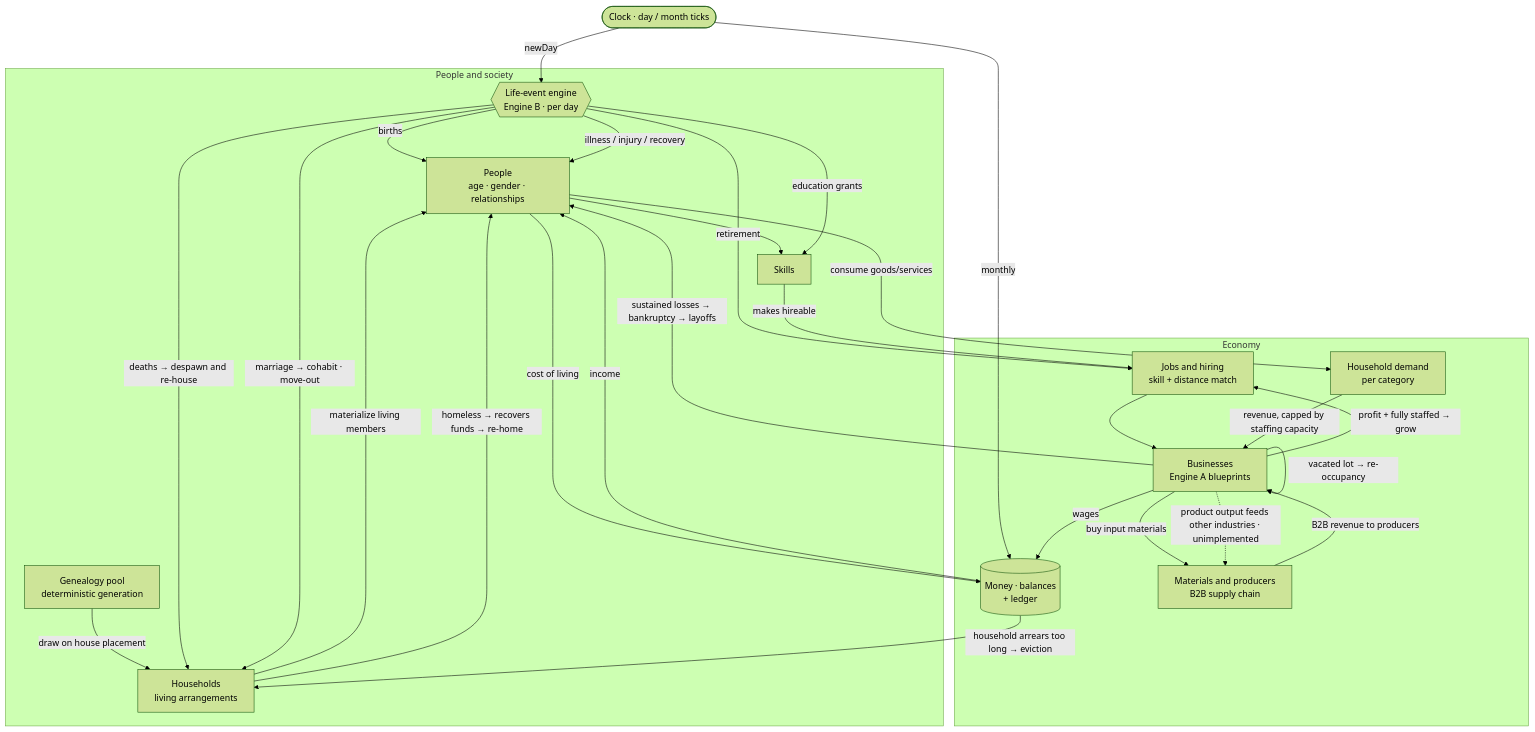
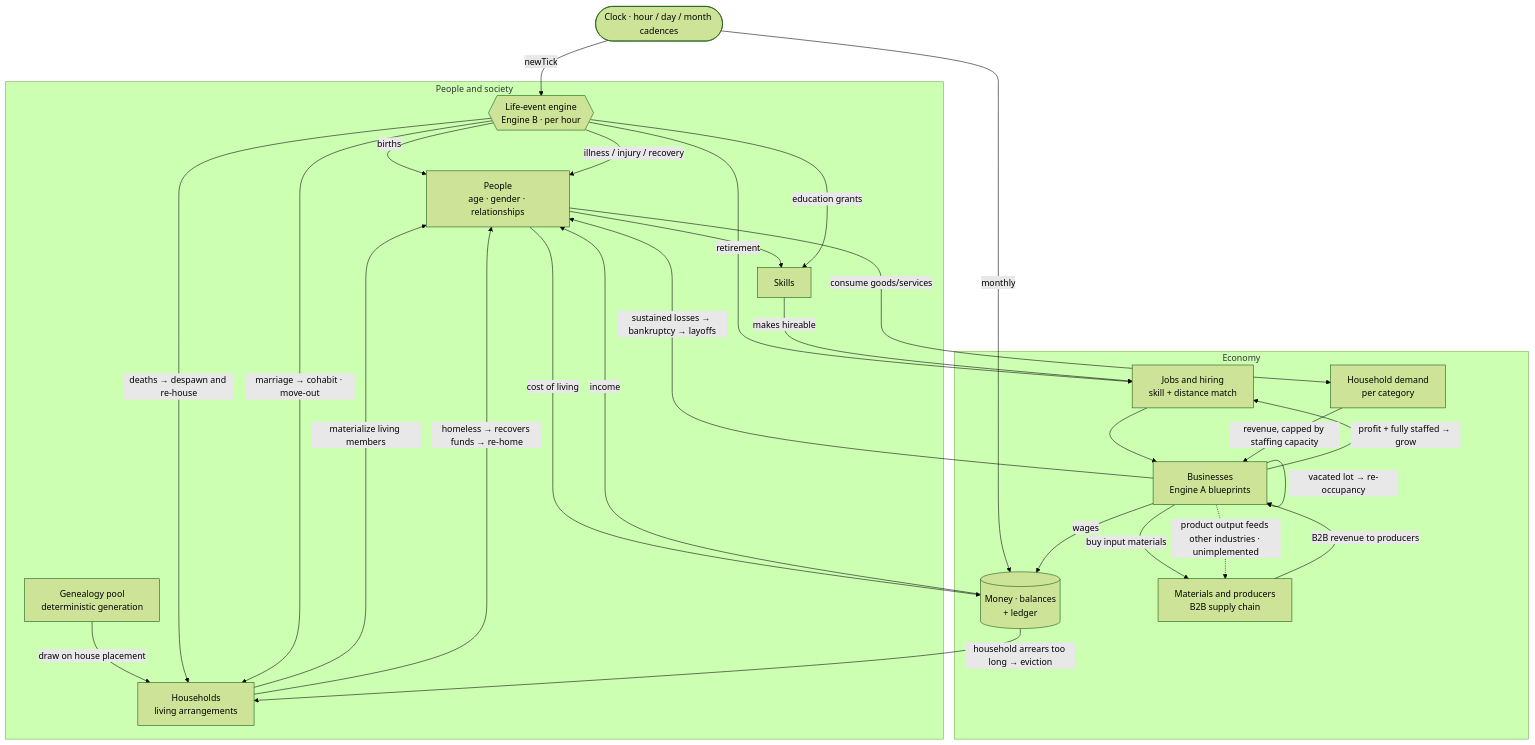
The diagram in README.md (Maudfer/townBox), drawn with Mermaid (forest theme) before and after one commit. The commit also changed other lines of this file and 8 other files, not shown here.

First line of the commit message:
docs(040): hour-tick + execution-boundary documentation pass; mark task done

````diff
--- a/README.md
+++ b/README.md
@@ -116,48 +120,48 @@
 ```mermaid
 graph TD
-    CLOCK([Clock · day / month ticks])
+    CLOCK([Clock · hour / day / month cadences])
 
     subgraph society [People and society]
         POOL[Genealogy pool<br/>deterministic generation]
         HH[Households<br/>living arrangements]
         PPL[People<br/>age · gender · relationships]
         SKILL[Skills]
-        EVT{{Life-event engine<br/>Engine B · per day}}
+        EVT{{Life-event engine<br/>Engine B · per hour}}
     end
 
     subgraph economy [Economy]
         JOB[Jobs and hiring<br/>skill + distance match]
         BIZ[Businesses<br/>Engine A blueprints]
         MONEY[(Money · balances<br/>+ ledger)]
         DEM[Household demand<br/>per category]
         MAT[Materials and producers<br/>B2B supply chain]
     end
 
     POOL -->|draw on house placement| HH -->|materialize living members| PPL
     PPL --> SKILL
-    CLOCK -->|newDay| EVT
+    CLOCK -->|newTick| EVT
     CLOCK -->|monthly| MONEY
 
     EVT -->|births| PPL
     EVT -->|deaths → despawn and re-house| HH
     EVT -->|marriage → cohabit · move-out| HH
     EVT -->|education grants| SKILL
     EVT -->|illness / injury / recovery| PPL
     EVT -->|retirement| JOB
 
     SKILL -->|makes hireable| JOB --> BIZ
     BIZ -->|wages| MONEY -->|income| PPL
     PPL -->|cost of living| MONEY
     PPL -->|consume goods/services| DEM
     DEM -->|revenue, capped by staffing capacity| BIZ
     BIZ -->|buy input materials| MAT
     MAT -->|B2B revenue to producers| BIZ
 
     BIZ -->|profit + fully staffed → grow| JOB
     BIZ -->|sustained losses → bankruptcy → layoffs| PPL
     BIZ -->|vacated lot → re-occupancy| BIZ
     MONEY -->|household arrears too long → eviction| HH
     HH -->|homeless → recovers funds → re-home| PPL
 
     BIZ -. product output feeds other industries · unimplemented .-> MAT
 ```
````
